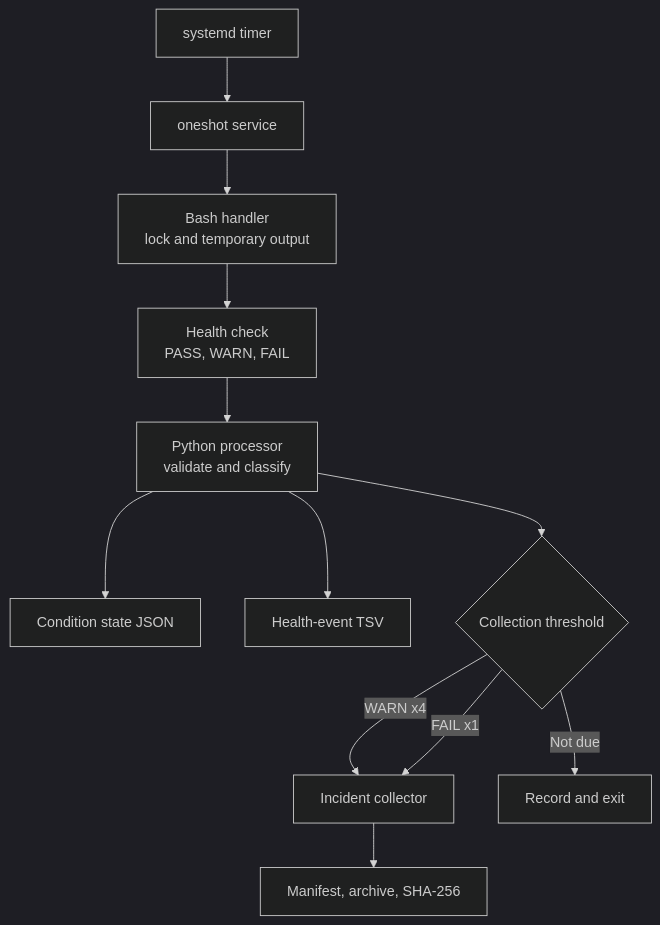
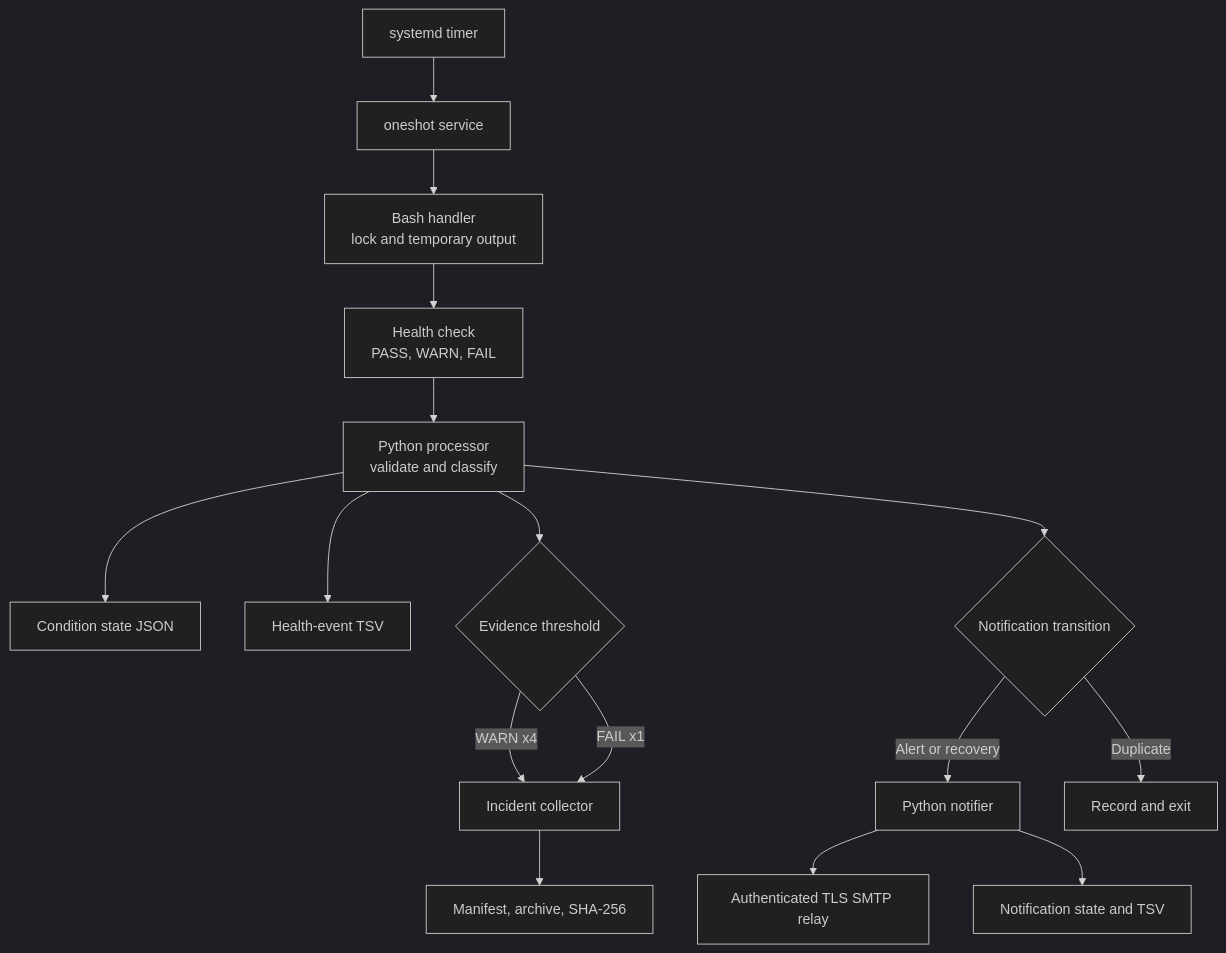
One commit to Steve-G-Git/LeanOps-Lab changed the second of 3 diagrams in docs/architecture.md. Above: the diagram before and after it, drawn with Mermaid (dark theme). The commit also changed other lines of this file and 4 other files, not shown here.

````diff
--- a/docs/architecture.md
+++ b/docs/architecture.md
@@ -32,14 +32,18 @@
 ```mermaid
 flowchart TD
     Timer["systemd timer"] --> Service["oneshot service"]
     Service --> Handler["Bash handler<br/>lock and temporary output"]
     Handler --> Health["Health check<br/>PASS, WARN, FAIL"]
     Health --> Processor["Python processor<br/>validate and classify"]
     Processor --> State["Condition state JSON"]
     Processor --> Events["Health-event TSV"]
-    Processor --> Threshold{"Collection threshold"}
+    Processor --> Threshold{"Evidence threshold"}
     Threshold -->|"WARN x4"| Collector["Incident collector"]
     Threshold -->|"FAIL x1"| Collector
-    Threshold -->|"Not due"| End["Record and exit"]
     Collector --> Package["Manifest, archive, SHA-256"]
+    Processor --> Notify{"Notification transition"}
+    Notify -->|"Alert or recovery"| Notifier["Python notifier"]
+    Notify -->|"Duplicate"| End["Record and exit"]
+    Notifier --> SMTP["Authenticated TLS SMTP relay"]
+    Notifier --> NotifyState["Notification state and TSV"]
 ```
````
